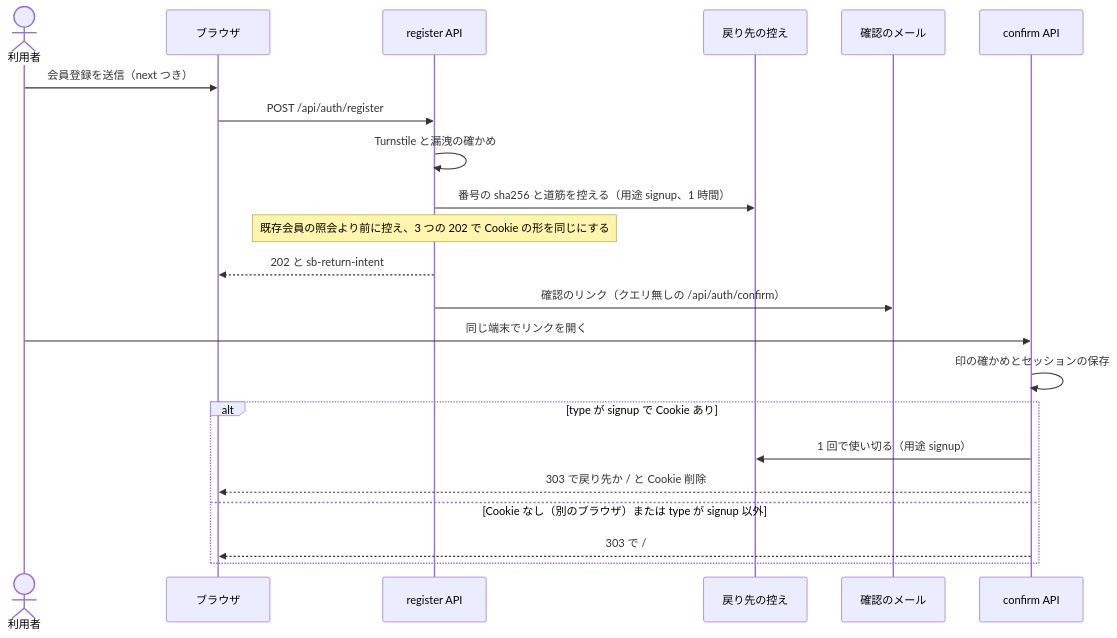
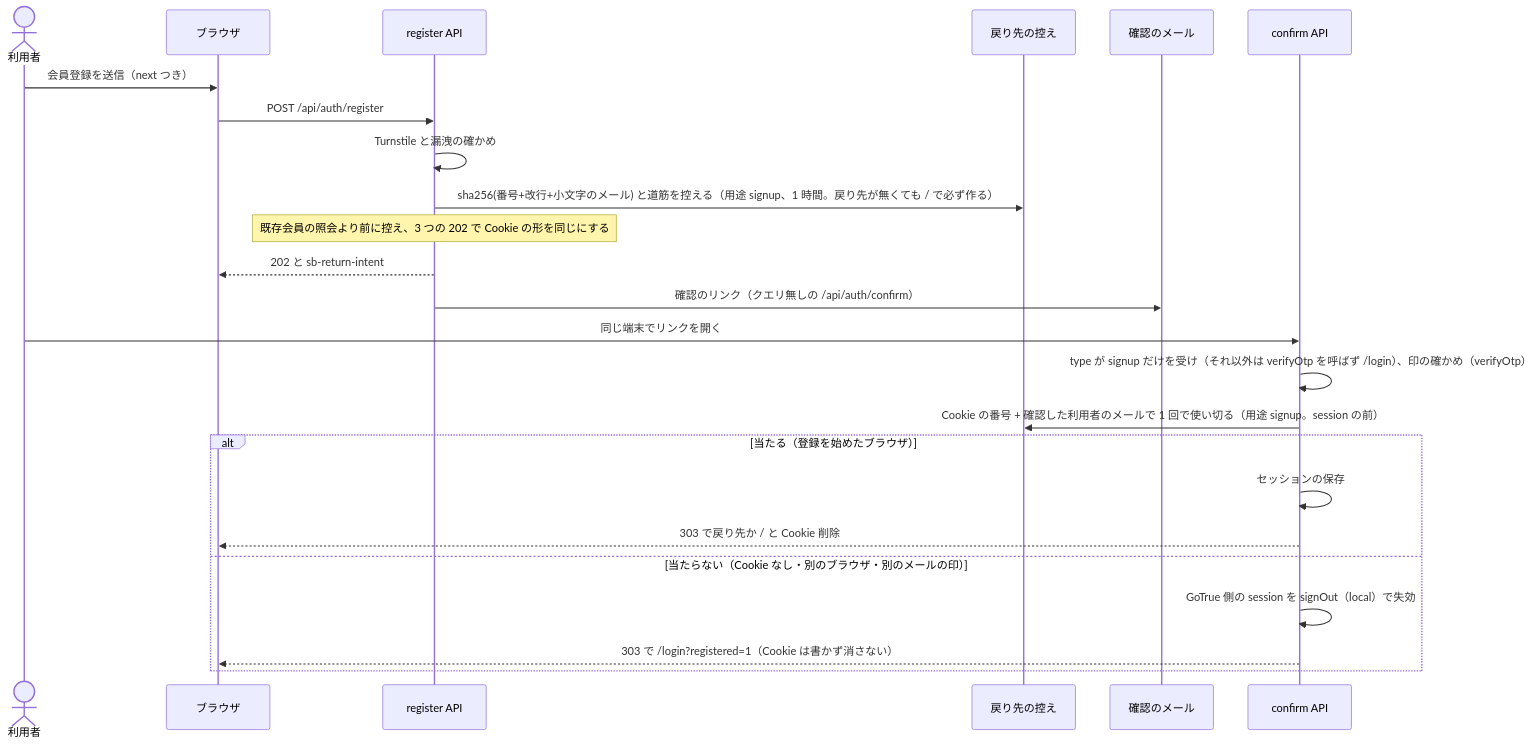
Before and after one commit to ChocoWork/o_official: the third of 3 diagrams in docs/04_DetailDesign/sequence/auth-registration.md, drawn with Mermaid. The commit also changed other lines of this file and 177 other files, not shown here.

````diff
--- a/docs/04_DetailDesign/sequence/auth-registration.md
+++ b/docs/04_DetailDesign/sequence/auth-registration.md
@@ -166,24 +153,26 @@
 ```mermaid
 sequenceDiagram
   actor User as 利用者
   participant UI as ブラウザ
   participant Reg as register API
   participant Store as 戻り先の控え
   participant Mail as 確認のメール
   participant Conf as confirm API
   User->>UI: 会員登録を送信（next つき）
   UI->>Reg: POST /api/auth/register
   Reg->>Reg: Turnstile と漏洩の確かめ
-  Reg->>Store: 番号の sha256 と道筋を控える（用途 signup、1 時間）
+  Reg->>Store: sha256(番号+改行+小文字のメール) と道筋を控える（用途 signup、1 時間。戻り先が無くても / で必ず作る）
   Note over Reg: 既存会員の照会より前に控え、3 つの 202 で Cookie の形を同じにする
   Reg-->>UI: 202 と sb-return-intent
   Reg->>Mail: 確認のリンク（クエリ無しの /api/auth/confirm）
   User->>Conf: 同じ端末でリンクを開く
-  Conf->>Conf: 印の確かめとセッションの保存
-  alt type が signup で Cookie あり
-    Conf->>Store: 1 回で使い切る（用途 signup）
+  Conf->>Conf: type が signup だけを受け（それ以外は verifyOtp を呼ばず /login）、印の確かめ（verifyOtp）
+  Conf->>Store: Cookie の番号 + 確認した利用者のメールで 1 回で使い切る（用途 signup。session の前）
+  alt 当たる（登録を始めたブラウザ）
+    Conf->>Conf: セッションの保存
     Conf-->>UI: 303 で戻り先か / と Cookie 削除
-  else Cookie なし（別のブラウザ）または type が signup 以外
-    Conf-->>UI: 303 で /
+  else 当たらない（Cookie なし・別のブラウザ・別のメールの印）
+    Conf->>Conf: GoTrue 側の session を signOut（local）で失効
+    Conf-->>UI: 303 で /login?registered=1（Cookie は書かず消さない）
   end
 ```
````
